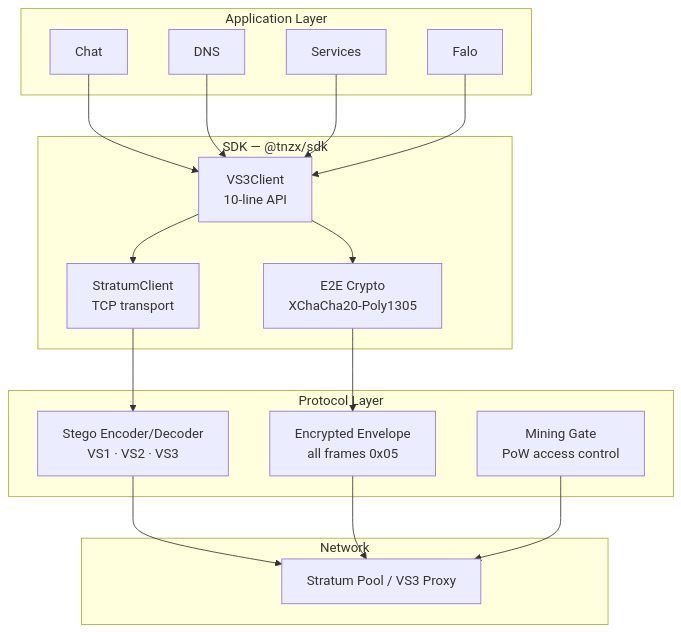
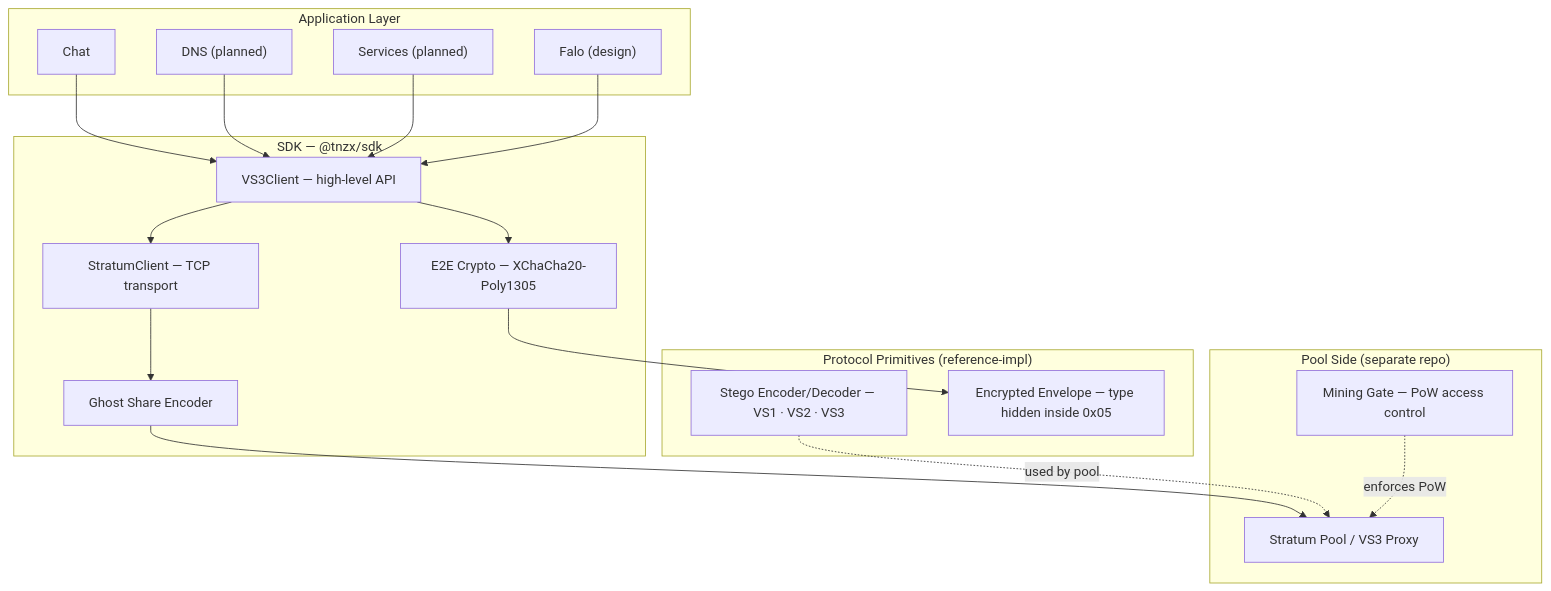
One commit to tnzx-project/tnzx-protocol changed the first of 2 diagrams in README.md. Above: the diagram before and after it, drawn with Mermaid.

Commit message:
fix: correct architecture diagram — 3 inaccuracies found during review
1. DNS/Services/Falo marked as (planned)/(design) — not yet implemented
2. MiningGate moved to pool-side box — it's not in the client path
3. Ghost Share Encoder added as distinct SDK component (was incorrectly
   showing StratumClient → StegoEncoder, but SDK uses ghost-share.js)
4. Dashed lines for pool-side relationships (stego decoder, mining gate)

Sequence diagram verified against code — all 8 steps match implementation.

````diff
--- a/README.md
+++ b/README.md
@@ -17,29 +17,32 @@
 ```mermaid
 graph TB
     subgraph "Application Layer"
-        A1[Chat] 
-        A2[DNS]
-        A3[Services]
-        A4[Falo]
+        A1[Chat]
+        A2["DNS (planned)"]
+        A3["Services (planned)"]
+        A4["Falo (design)"]
     end
     subgraph "SDK — @tnzx/sdk"
-        B1[VS3Client<br/>10-line API]
-        B2[StratumClient<br/>TCP transport]
-        B3[E2E Crypto<br/>XChaCha20-Poly1305]
+        B1["VS3Client — high-level API"]
+        B2["StratumClient — TCP transport"]
+        B3["E2E Crypto — XChaCha20-Poly1305"]
+        B4["Ghost Share Encoder"]
     end
-    subgraph "Protocol Layer"
-        C1[Stego Encoder/Decoder<br/>VS1 · VS2 · VS3]
-        C2[Encrypted Envelope<br/>all frames 0x05]
-        C3[Mining Gate<br/>PoW access control]
+    subgraph "Protocol Primitives (reference-impl)"
+        C1["Stego Encoder/Decoder — VS1 · VS2 · VS3"]
+        C2["Encrypted Envelope — type hidden inside 0x05"]
     end
-    subgraph "Network"
-        D1[Stratum Pool / VS3 Proxy]
+    subgraph "Pool Side (separate repo)"
+        D1["Stratum Pool / VS3 Proxy"]
+        D2["Mining Gate — PoW access control"]
     end
 
     A1 & A2 & A3 & A4 --> B1
+    B1 --> B3
     B1 --> B2
-    B1 --> B3
-    B2 --> C1
+    B2 --> B4
     B3 --> C2
-    C1 & C2 & C3 --> D1
+    B4 --> D1
+    C1 -.->|"used by pool"| D1
+    D2 -.->|"enforces PoW"| D1
 ```
````
